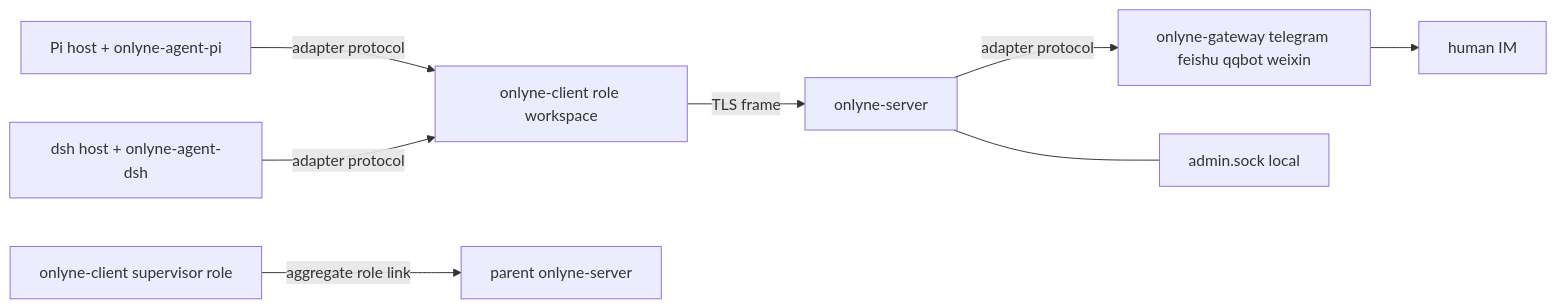
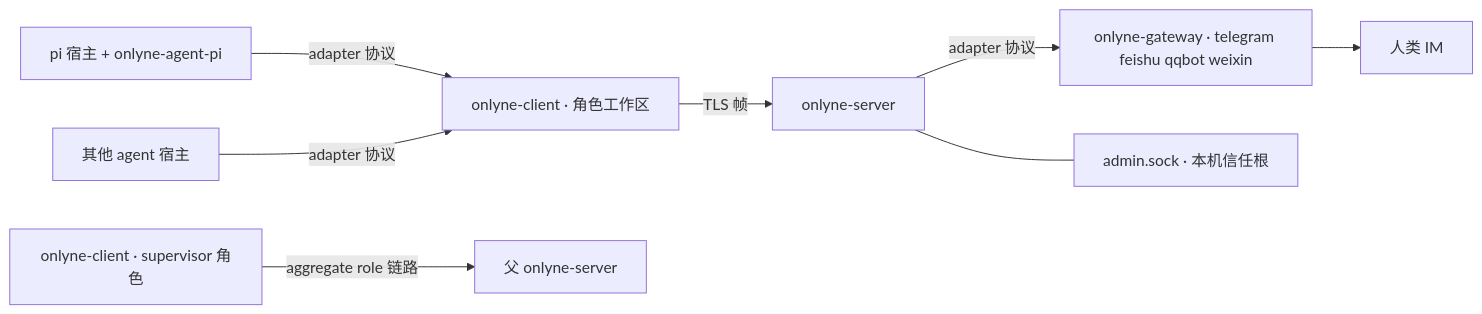
Before and after one commit to dbydd/onlyne: the diagram in README.zh-CN.md, drawn with Mermaid. The commit also changed other lines of this file and 1 other file, not shown here.

````diff
--- a/README.zh-CN.md
+++ b/README.zh-CN.md
@@ -9,10 +49,10 @@
 ```mermaid
 graph LR
-  P[Pi host + onlyne-agent-pi] -->|adapter protocol| C[onlyne-client role workspace]
-  D[dsh host + onlyne-agent-dsh] -->|adapter protocol| C
-  C -->|TLS frame| S[onlyne-server]
-  S -->|adapter protocol| G[onlyne-gateway telegram feishu qqbot weixin]
-  G --> H[human IM]
-  C2[onlyne-client supervisor role] -->|aggregate role link| SP[parent onlyne-server]
-  S --- SADM[admin.sock local]
+  P[pi 宿主 + onlyne-agent-pi] -->|adapter 协议| C[onlyne-client · 角色工作区]
+  S1[其他 agent 宿主] -->|adapter 协议| C
+  C -->|TLS 帧| SRV[onlyne-server]
+  SRV -->|adapter 协议| G[onlyne-gateway · telegram feishu qqbot weixin]
+  G --> H[人类 IM]
+  C2[onlyne-client · supervisor 角色] -->|aggregate role 链路| SP[父 onlyne-server]
+  SRV --- A[admin.sock · 本机信任根]
 ```
````
